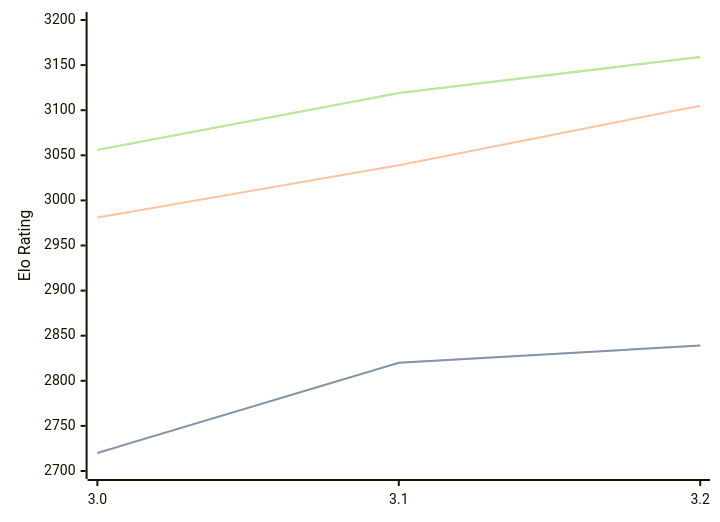
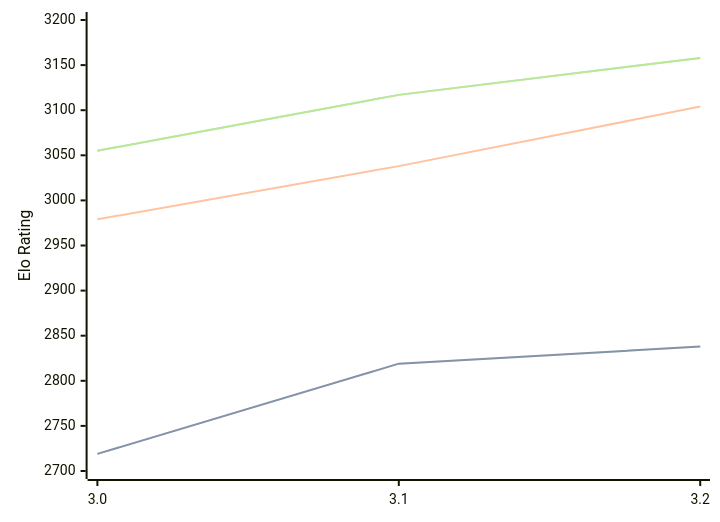
The diagram in engines/Vajolet2.md (computer-chess-index/cci), drawn with Mermaid before and after one commit. The commit also changed other lines of this file, not shown here.

Commit message:
Update CCI Ratings (ELO VLTC) - 2026-06-07

````diff
--- a/engines/Vajolet2.md
+++ b/engines/Vajolet2.md
@@ -41,11 +41,11 @@
 ```mermaid
 %%{init: {"theme":"base","themeVariables":{"seriesColors:['#a3a3a3','#222221','#faa371']}}}%%
 xychart-beta
   x-axis ["3.0", "3.1", "3.2"]
   y-axis "Elo Rating" 2700 --> 3200
-  line "STC (8.0+0.08s)" [2720, 2820, 2839]
-  line "STC (8.0+0.08s)" [2720, 2820, 2839]
-  line "LTC (60.0+0.60s)" [2981, 3039, 3105]
-  line "VLTC (2m24s+1.12s)" [3056, 3119, 3159]
-  line "VLTC (2m24s+1.12s)" [3056, 3119, 3159]
+  line "STC (8.0+0.08s)" [2719, 2819, 2838]
+  line "STC (8.0+0.08s)" [2719, 2819, 2838]
+  line "LTC (60.0+0.60s)" [2979, 3038, 3104]
+  line "VLTC (2m24s+1.12s)" [3055, 3117, 3158]
+  line "VLTC (2m24s+1.12s)" [3055, 3117, 3158]
 ```
````
